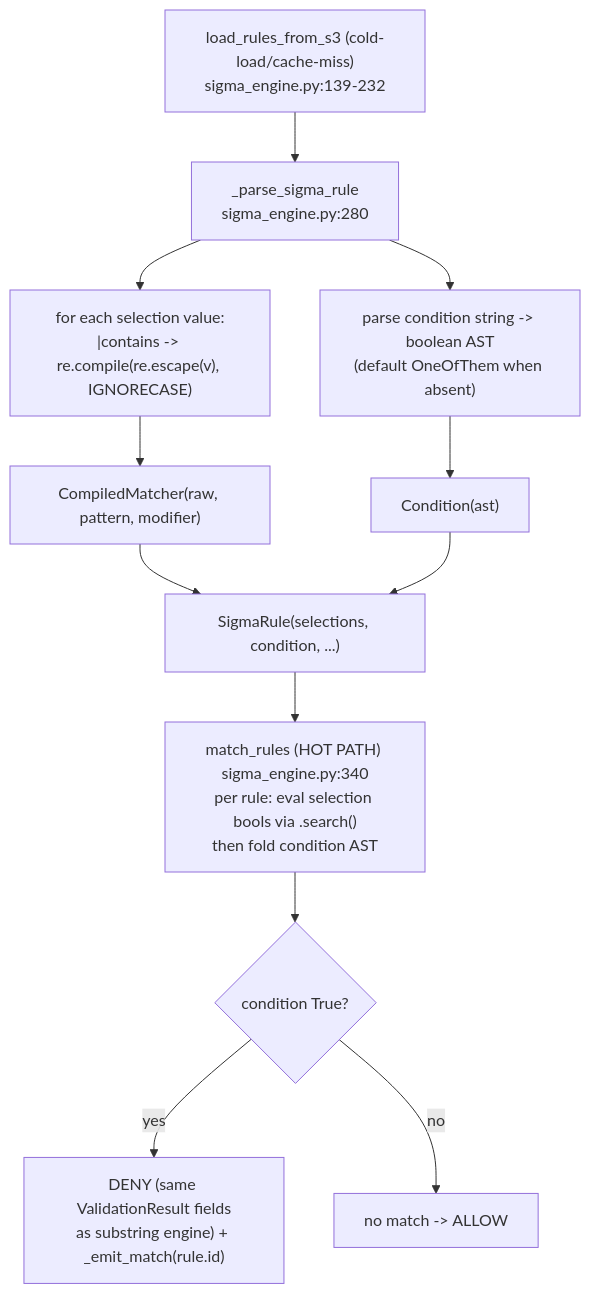
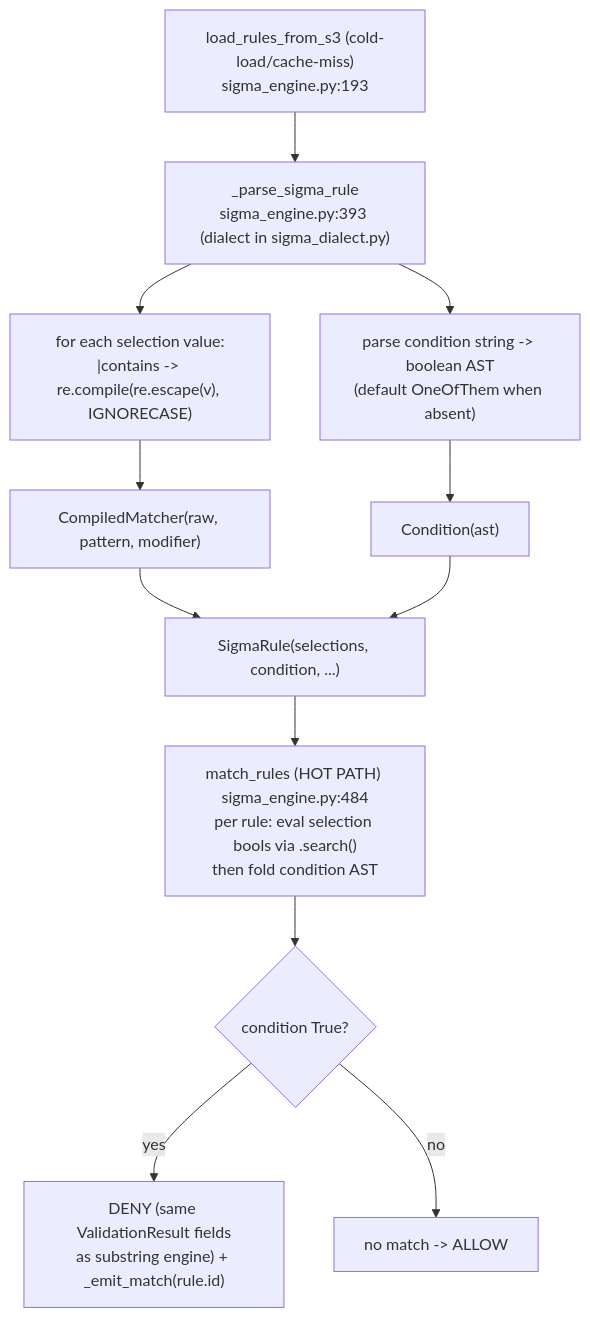
One commit to shashank31mar/Sentra changed the first of 3 diagrams in tasks/serverless-edition/ws-f-prompt-signatures.md. Above: the diagram before and after it, drawn with Mermaid. The commit also changed other lines of this file and 4 other files, not shown here.

````diff
--- a/tasks/serverless-edition/ws-f-prompt-signatures.md
+++ b/tasks/serverless-edition/ws-f-prompt-signatures.md
@@ -139,14 +139,14 @@
 ```mermaid
 flowchart TD
-  A["load_rules_from_s3 (cold-load/cache-miss)<br/>sigma_engine.py:139-232"] --> B["_parse_sigma_rule<br/>sigma_engine.py:280"]
+  A["load_rules_from_s3 (cold-load/cache-miss)<br/>sigma_engine.py:193"] --> B["_parse_sigma_rule<br/>sigma_engine.py:393 (dialect in sigma_dialect.py)"]
   B --> C["for each selection value:<br/>|contains -> re.compile(re.escape(v), IGNORECASE)"]
   B --> D["parse condition string -> boolean AST<br/>(default OneOfThem when absent)"]
   C --> E["CompiledMatcher(raw, pattern, modifier)"]
   D --> F["Condition(ast)"]
   E --> G["SigmaRule(selections, condition, ...)"]
   F --> G
-  G --> H["match_rules (HOT PATH) sigma_engine.py:340<br/>per rule: eval selection bools via .search()<br/>then fold condition AST"]
+  G --> H["match_rules (HOT PATH) sigma_engine.py:484<br/>per rule: eval selection bools via .search()<br/>then fold condition AST"]
   H --> I{"condition True?"}
   I -->|yes| J["DENY (same ValidationResult fields<br/>as substring engine) + _emit_match(rule.id)"]
   I -->|no| K["no match -> ALLOW"]
 ```
````
